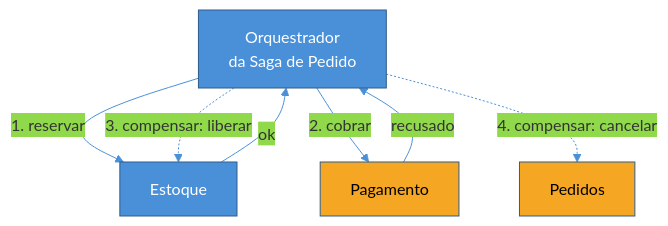
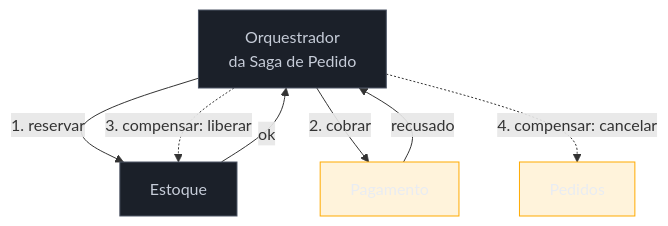
Before and after one commit to josenaldo/codex-technomanticus: the third of 3 diagrams in 03-Dominios/Engenharia/Comunicação entre Sistemas/4 - Comunicação assíncrona/04 - Outbox e Saga.md, drawn with Mermaid. The commit also changed other lines of this file and 1181 other files, not shown here.

First line of the commit message:
fix(diagramas): paleta do sistema no lugar de cor cravada no markdown

````diff
--- a/03-Dominios/Engenharia/Comunicação entre Sistemas/4 - Comunicação assíncrona/04 - Outbox e Saga.md
+++ b/03-Dominios/Engenharia/Comunicação entre Sistemas/4 - Comunicação assíncrona/04 - Outbox e Saga.md
@@ -182,17 +184,18 @@
 ```mermaid
-%%{init: {"theme": "base", "themeVariables": {"primaryColor": "#4A90D9", "primaryBorderColor": "#2E5C8A", "lineColor": "#4A90D9"}}}%%
 flowchart TD
+    classDef neutro fill:#1B2029,stroke:#4E5666,color:#C6CCD8
+    classDef destaque fill:#FFAA0024,stroke:#FFAA00,color:#E9ECF2
     O["Orquestrador<br/>da Saga de Pedido"]
 
     O -->|"1. reservar"| ES["Estoque"]
     ES -->|"ok"| O
     O -->|"2. cobrar"| PG["Pagamento"]
     PG -->|"recusado"| O
     O -.->|"3. compensar: liberar"| ES
     O -.->|"4. compensar: cancelar"| PD["Pedidos"]
 
-    style O fill:#4A90D9,color:#fff
-    style ES fill:#4A90D9,color:#fff
-    style PG fill:#F5A623,color:#000
-    style PD fill:#F5A623,color:#000
+    class O neutro
+    class ES neutro
+    class PG destaque
+    class PD destaque
 ```
````
